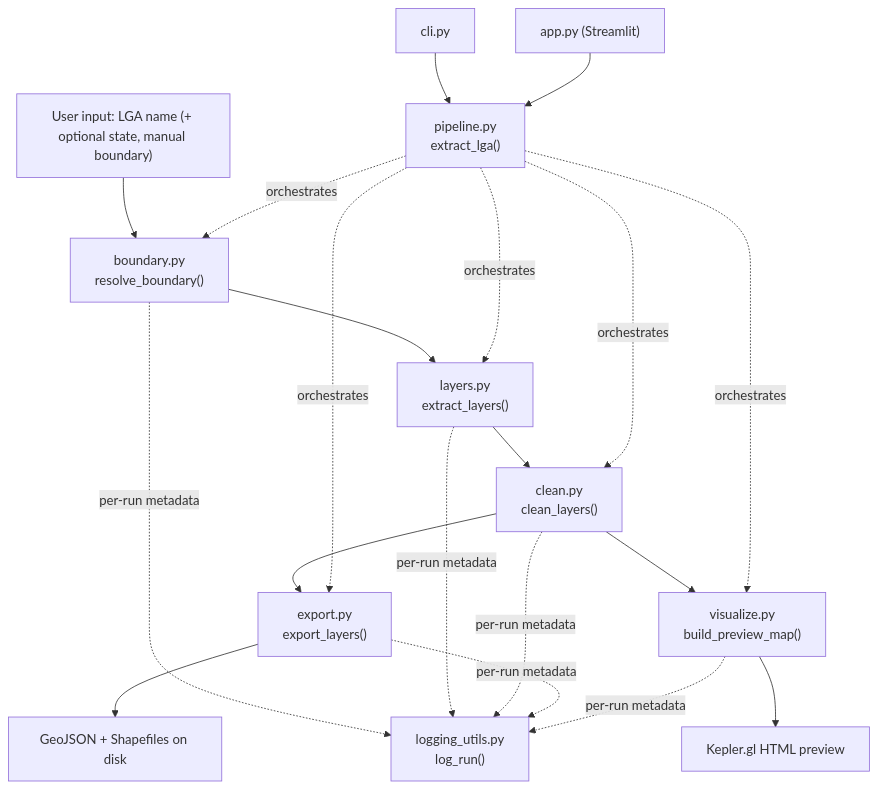
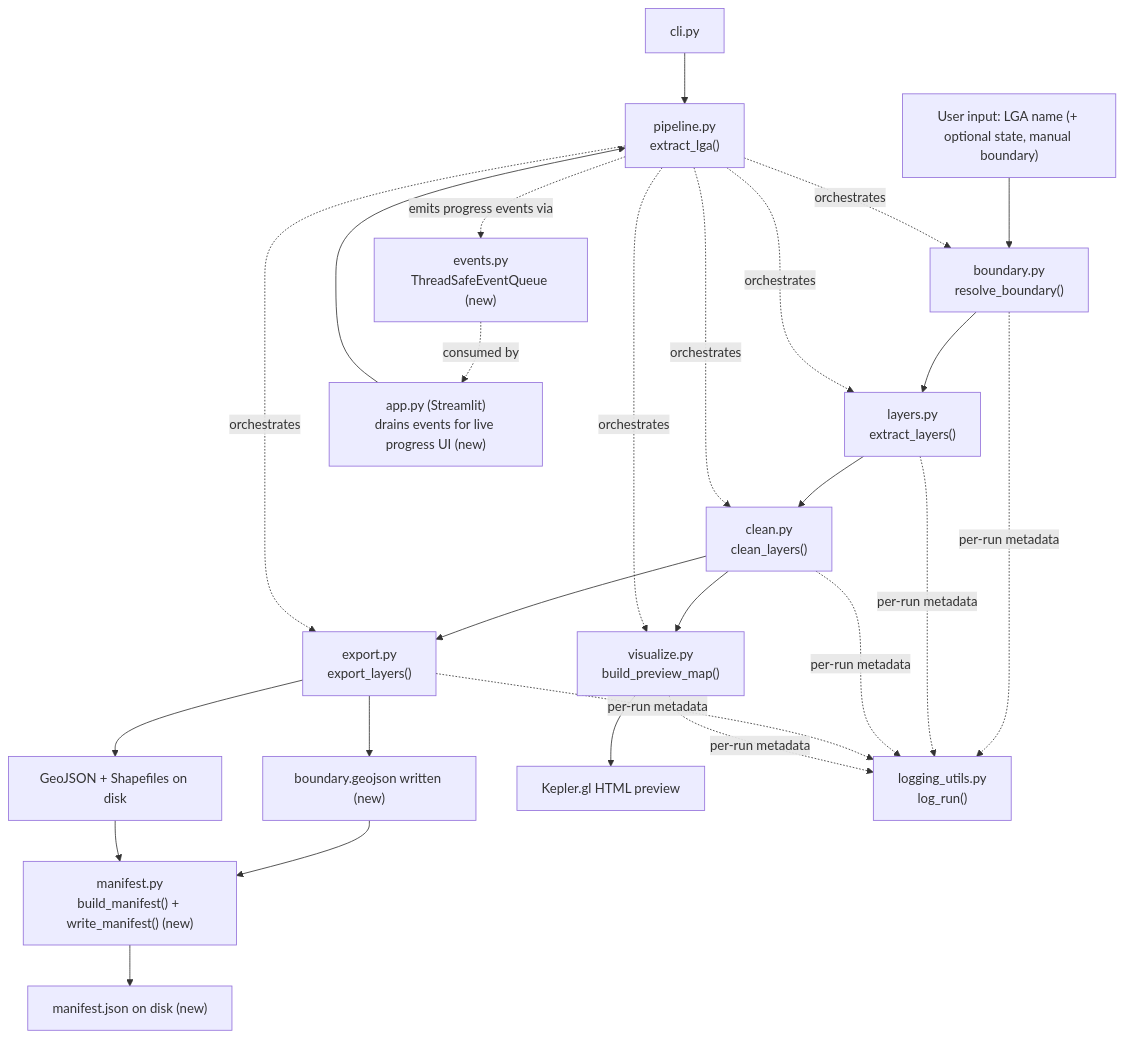
Before and after one commit to Mapkathon2026-UseOSM/UseOSM_Mapkathon-Submission-documentation: the diagram in docs/lga-osm-extractor/overview.md, drawn with Mermaid. The commit also changed other lines of this file and 19 other files, not shown here.

````diff
--- a/docs/lga-osm-extractor/overview.md
+++ b/docs/lga-osm-extractor/overview.md
@@ -46,20 +46,26 @@
 ```mermaid
 flowchart TD
     A["User input: LGA name (+ optional state, manual boundary)"] --> B["boundary.py<br/>resolve_boundary()"]
     B --> C["layers.py<br/>extract_layers()"]
     C --> D["clean.py<br/>clean_layers()"]
     D --> E["export.py<br/>export_layers()"]
     D --> F["visualize.py<br/>build_preview_map()"]
+    E --> E2["boundary.geojson written (new)"]
     E --> G["GeoJSON + Shapefiles on disk"]
     F --> H["Kepler.gl HTML preview"]
+    E2 --> M1["manifest.py<br/>build_manifest() + write_manifest() (new)"]
+    G --> M1
+    M1 --> M2["manifest.json on disk (new)"]
     B & C & D & E & F -.->|per-run metadata| I["logging_utils.py<br/>log_run()"]
 
     J["pipeline.py<br/>extract_lga()"] -.orchestrates.-> B
     J -.orchestrates.-> C
     J -.orchestrates.-> D
     J -.orchestrates.-> E
     J -.orchestrates.-> F
+    J -.emits progress events via.-> EV["events.py<br/>ThreadSafeEventQueue (new)"]
 
     K[cli.py] --> J
-    L["app.py (Streamlit)"] --> J
+    L["app.py (Streamlit)<br/>drains events for live progress UI (new)"] --> J
+    EV -.consumed by.-> L
 ```
````
